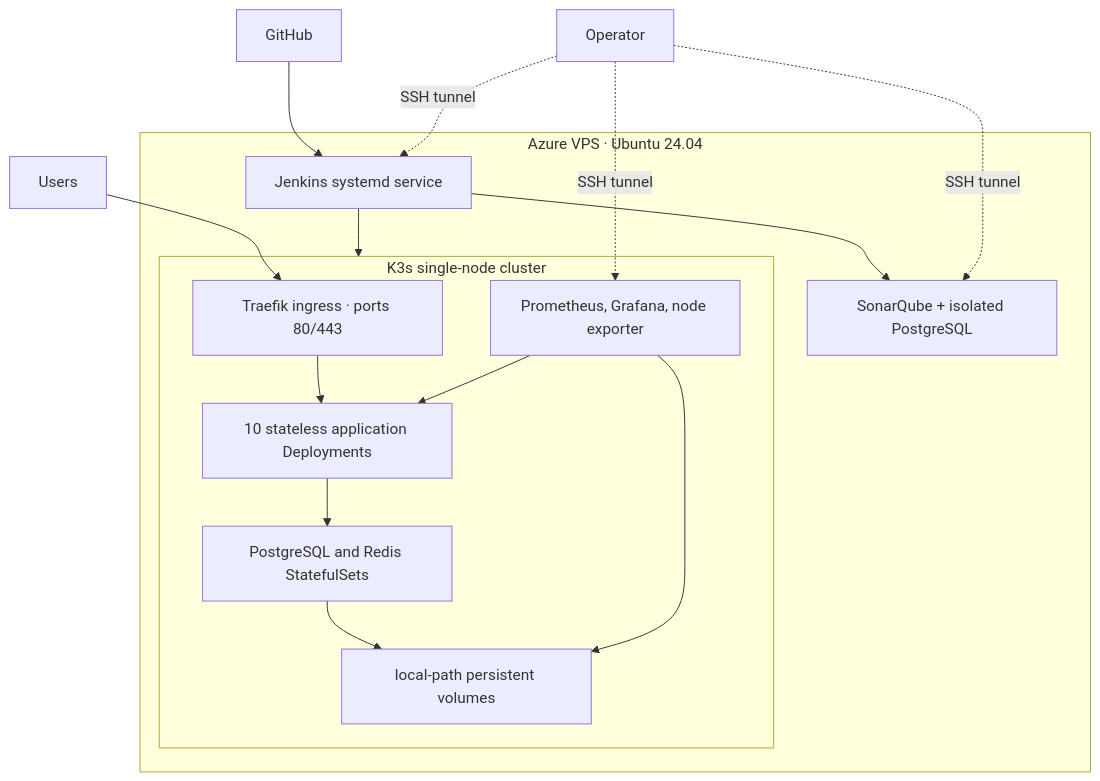
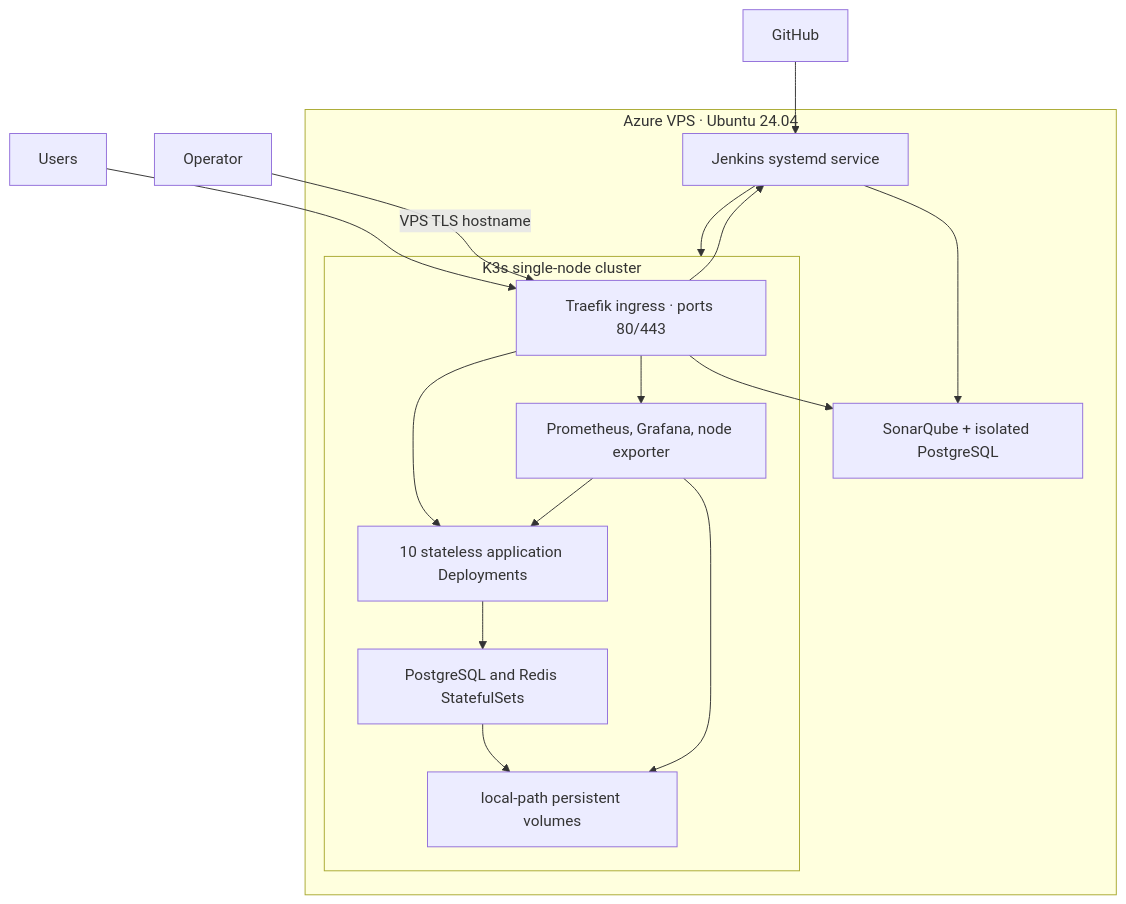
The third of 3 diagrams in campusmarket/docs/architecture/ARCHITECTURE.md (Nkinyampraises/smart-campus-market), drawn with Mermaid before and after one commit. The commit also changed 22 other files, not shown here.

````diff
--- a/campusmarket/docs/architecture/ARCHITECTURE.md
+++ b/campusmarket/docs/architecture/ARCHITECTURE.md
@@ -53,26 +53,27 @@
 ```mermaid
 flowchart TB
   subgraph Azure[Azure VPS · Ubuntu 24.04]
     Jenkins[Jenkins systemd service]
     Sonar[SonarQube + isolated PostgreSQL]
     subgraph Cluster[K3s single-node cluster]
       Ingress[Traefik ingress · ports 80/443]
       Apps[10 stateless application Deployments]
       Data[PostgreSQL and Redis StatefulSets]
       Monitor[Prometheus, Grafana, node exporter]
       Storage[local-path persistent volumes]
       Ingress --> Apps
       Apps --> Data
       Monitor --> Apps
       Data --> Storage
       Monitor --> Storage
     end
     Jenkins --> Cluster
     Jenkins --> Sonar
   end
   GitHub --> Jenkins
   Users --> Ingress
-  Operator -. SSH tunnel .-> Jenkins
-  Operator -. SSH tunnel .-> Monitor
-  Operator -. SSH tunnel .-> Sonar
+  Operator -->|VPS TLS hostname| Ingress
+  Ingress --> Jenkins
+  Ingress --> Monitor
+  Ingress --> Sonar
 ```
````
